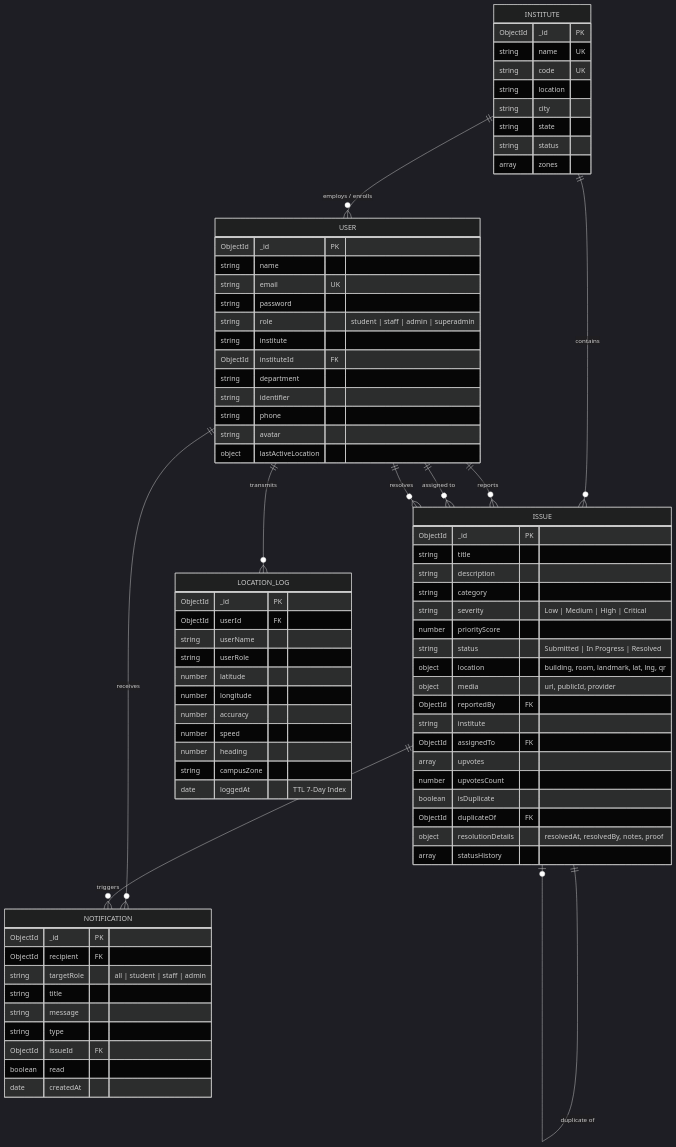
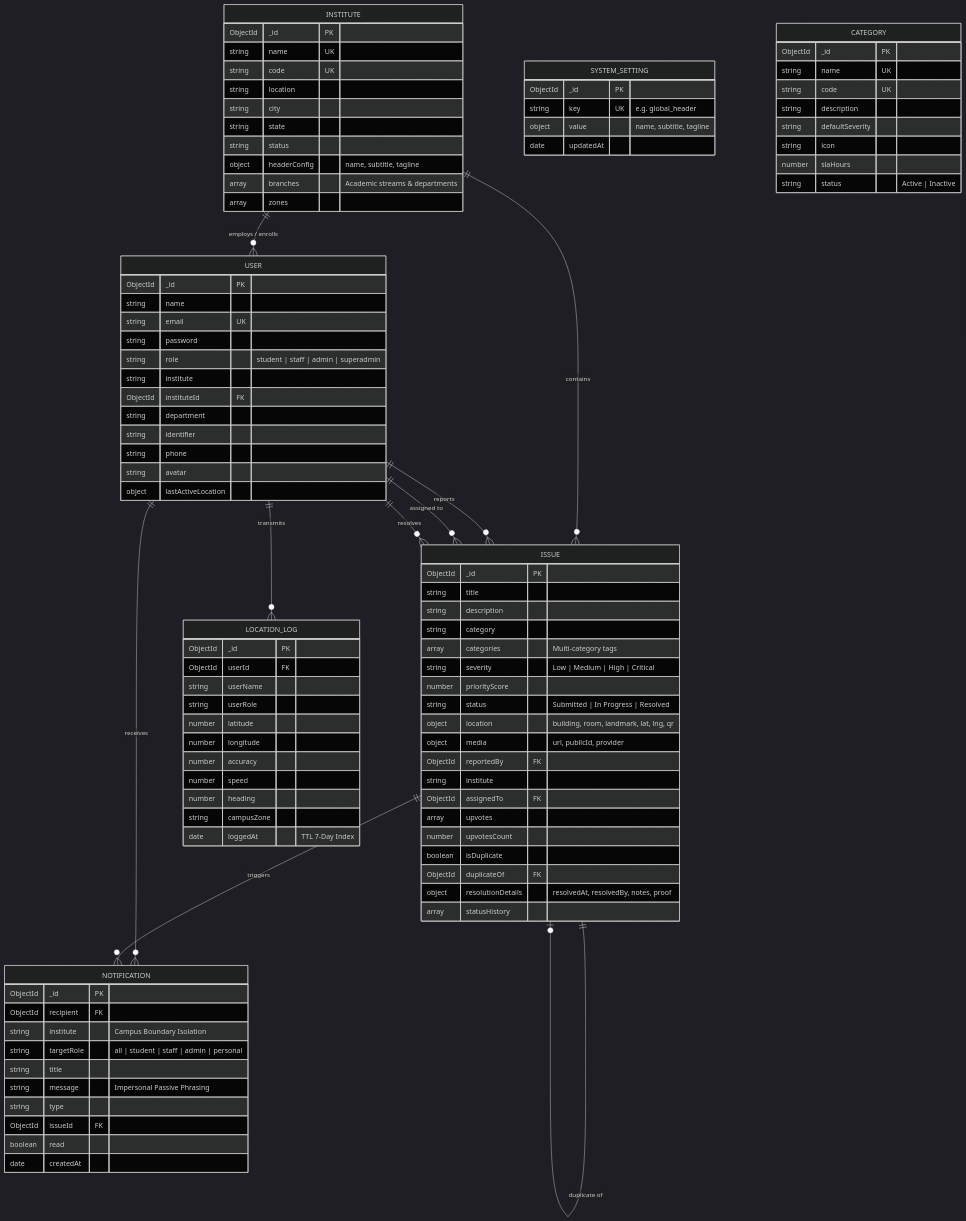
Before and after one commit to AlienMinus/QuickFix--Campus-Heal: the second of 4 diagrams in docs/design.md, drawn with Mermaid (dark theme). The commit also changed other lines of this file and 4 other files, not shown here.

````diff
--- a/docs/design.md
+++ b/docs/design.md
@@ -139,6 +141,8 @@
         string city
         string state
         string status
+        object headerConfig "name, subtitle, tagline"
+        array branches "Academic streams & departments"
         array zones
     }
 
@@ -162,6 +166,7 @@
         string title
         string description
         string category
+        array categories "Multi-category tags"
         string severity "Low | Medium | High | Critical"
         number priorityScore
         string status "Submitted | In Progress | Resolved"
@@ -195,12 +200,31 @@
     NOTIFICATION {
         ObjectId _id PK
         ObjectId recipient FK
-        string targetRole "all | student | staff | admin"
+        string institute "Campus Boundary Isolation"
+        string targetRole "all | student | staff | admin | personal"
         string title
-        string message
+        string message "Impersonal Passive Phrasing"
         string type
         ObjectId issueId FK
         boolean read
         date createdAt
     }
+
+    SYSTEM_SETTING {
+        ObjectId _id PK
+        string key UK "e.g. global_header"
+        object value "name, subtitle, tagline"
+        date updatedAt
+    }
+
+    CATEGORY {
+        ObjectId _id PK
+        string name UK
+        string code UK
+        string description
+        string defaultSeverity
+        string icon
+        number slaHours
+        string status "Active | Inactive"
+    }
 ```
````
